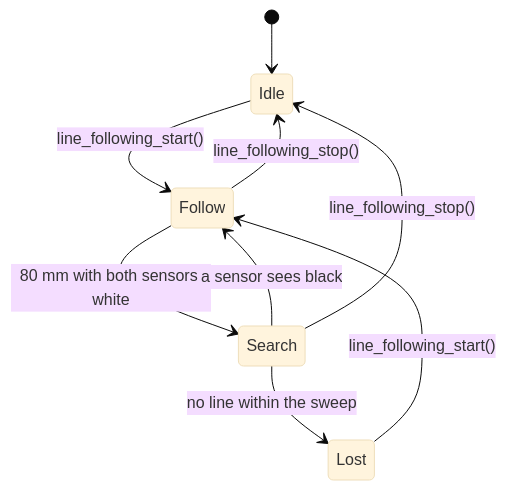
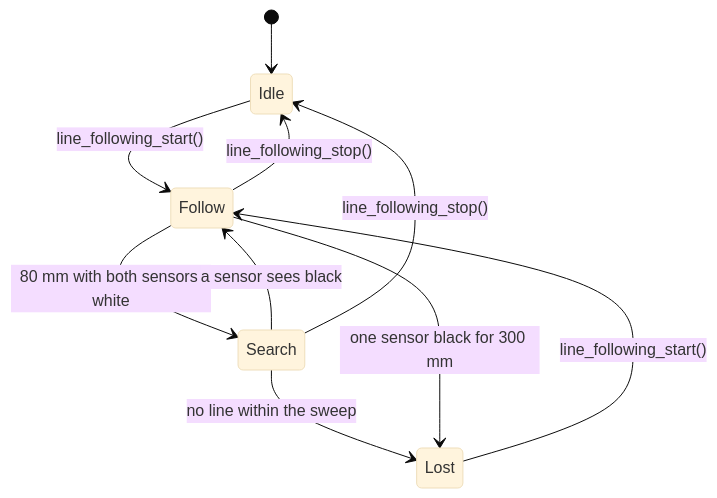
One commit to 10x-Slackers/INF2004 changed the third of 5 diagrams in docs/ARCHITECTURE.md. Above: the diagram before and after it, drawn with Mermaid (base theme). The commit also changed other lines of this file and 5 other files, not shown here.

First line of the commit message:
feat: stop line following when a line sensor is stuck on black

````diff
--- a/docs/ARCHITECTURE.md
+++ b/docs/ARCHITECTURE.md
@@ -170,11 +170,12 @@
 ```mermaid
 stateDiagram-v2
     [*] --> Idle
     Idle --> Follow: line_following_start()
     Follow --> Search: 80 mm with both sensors white
     Search --> Follow: a sensor sees black
     Search --> Lost: no line within the sweep
+    Follow --> Lost: one sensor black for 300 mm
     Lost --> Follow: line_following_start()
     Follow --> Idle: line_following_stop()
     Search --> Idle: line_following_stop()
 ```
````
